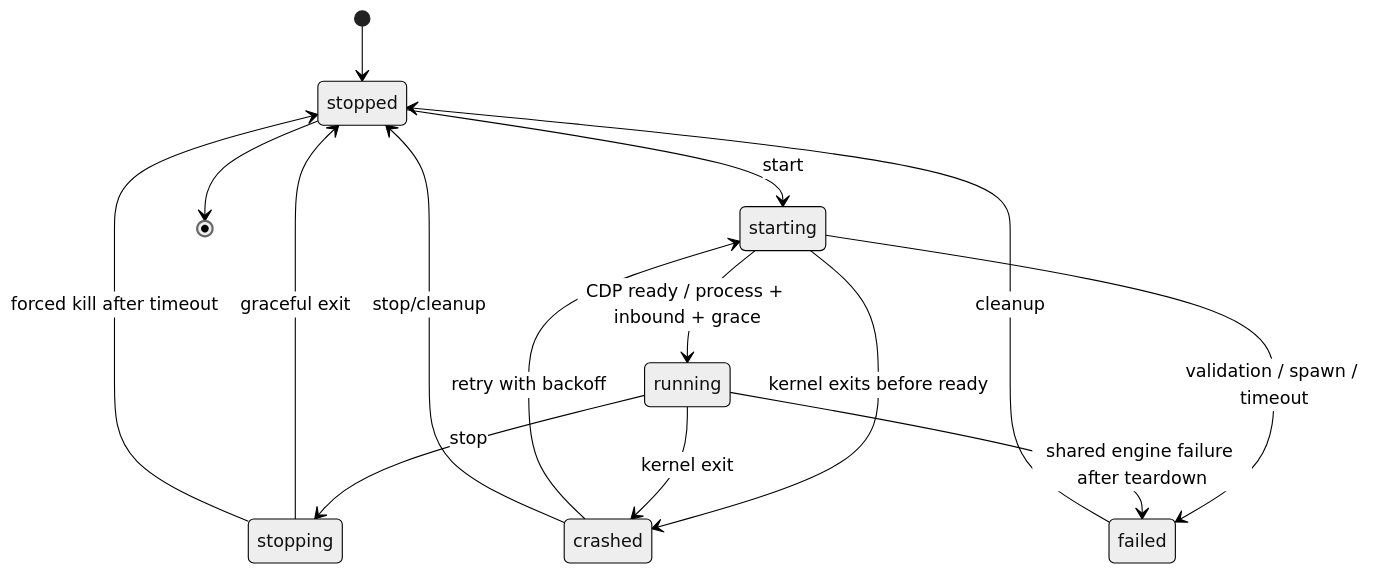
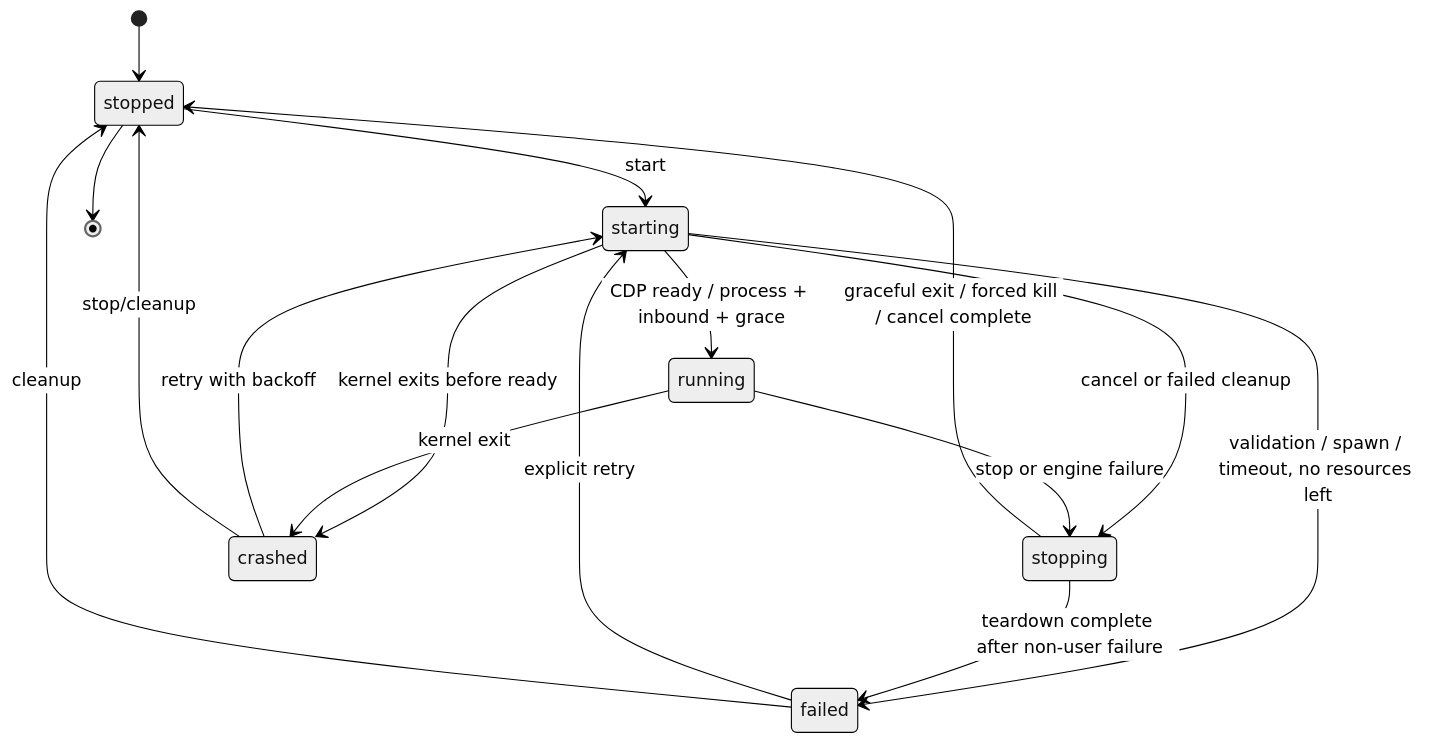
Before and after one commit to IvanLi-CN/mien: the fourth of 8 diagrams in docs/ARCHITECTURE.md, drawn with Mermaid (neutral theme). The commit also changed other lines of this file and 39 other files, not shown here.

````diff
--- a/docs/ARCHITECTURE.md
+++ b/docs/ARCHITECTURE.md
@@ -199,17 +200,18 @@
 ```mermaid
 stateDiagram-v2
   [*] --> stopped
   stopped --> starting: start
   starting --> running: CDP ready / process + inbound + grace
-  starting --> failed: validation / spawn / timeout
+  starting --> stopping: cancel or failed cleanup
+  starting --> failed: validation / spawn / timeout, no resources left
   starting --> crashed: kernel exits before ready
-  running --> stopping: stop
+  running --> stopping: stop or engine failure
   running --> crashed: kernel exit
-  running --> failed: shared engine failure after teardown
-  stopping --> stopped: graceful exit
-  stopping --> stopped: forced kill after timeout
+  stopping --> stopped: graceful exit / forced kill / cancel complete
+  stopping --> failed: teardown complete after non-user failure
   crashed --> starting: retry with backoff
   crashed --> stopped: stop/cleanup
+  failed --> starting: explicit retry
   failed --> stopped: cleanup
   stopped --> [*]
 ```
````
